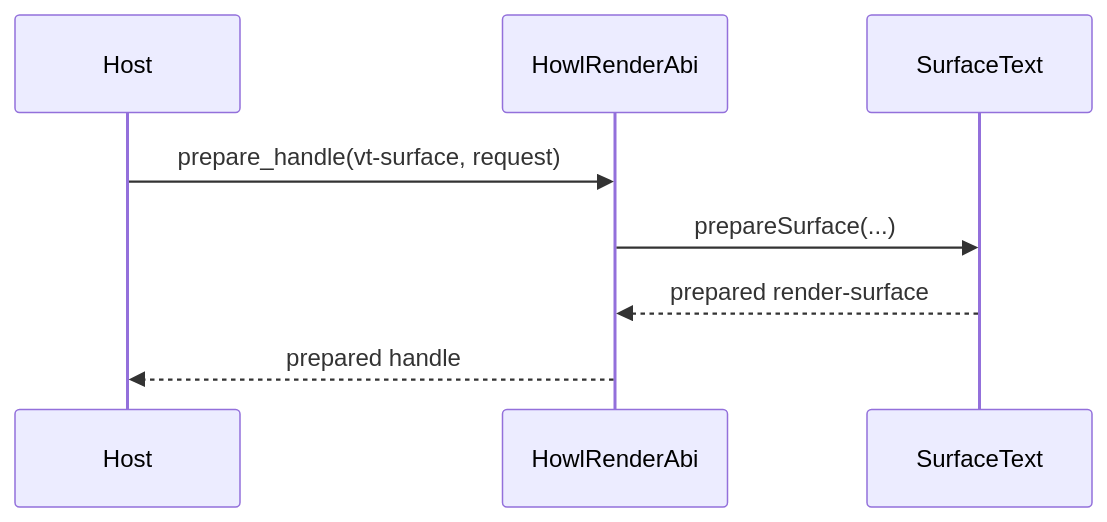
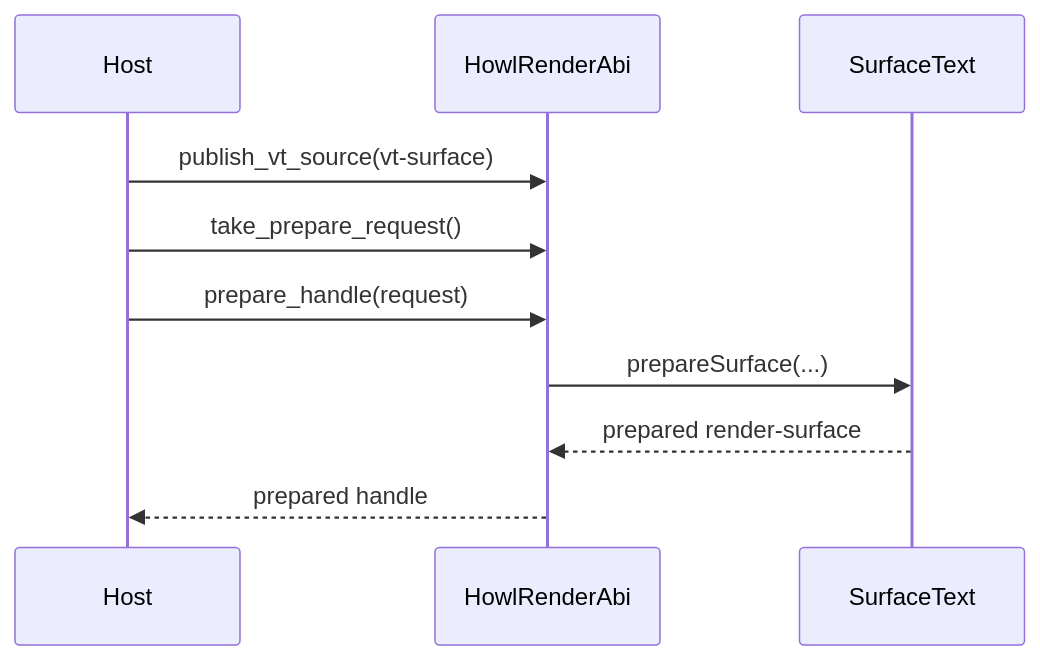
The third of 4 diagrams in design.md (LaurenceGuws/howl-render), drawn with Mermaid before and after one commit. The commit also changed other lines of this file and 6 other files, not shown here.

````diff
--- a/design.md
+++ b/design.md
@@ -72,11 +72,13 @@
 ```mermaid
 sequenceDiagram
     participant Host
     participant R as HowlRenderAbi
     participant S as SurfaceText
 
-    Host->>R: prepare_handle(vt-surface, request)
+    Host->>R: publish_vt_source(vt-surface)
+    Host->>R: take_prepare_request()
+    Host->>R: prepare_handle(request)
     R->>S: prepareSurface(...)
     S-->>R: prepared render-surface
     R-->>Host: prepared handle
 ```
````
